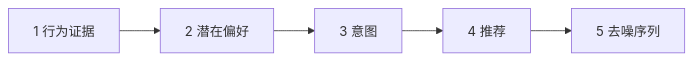
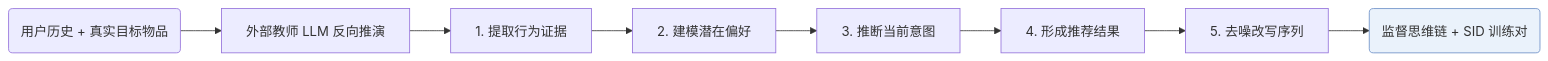
One commit to Galaxy-ghost/Awesome-SID-Generative-Rec changed the second of 2 diagrams in notes/zh/gream.md. Above: the diagram before and after it, drawn with Mermaid. The commit also changed other lines of this file and 649 other files, not shown here.

Commit message:
writer-05: also tags and modality index (schema, check, build, visuals); summary field removed; calibration data for 12 papers

````diff
--- a/notes/zh/gream.md
+++ b/notes/zh/gream.md
@@ -37,4 +46,11 @@
 ```mermaid
 flowchart LR
-    S1["1 行为证据"] --> S2["2 潜在偏好"] --> S3["3 意图"] --> S4["4 推荐"] --> S5["5 去噪序列"]
+    U("用户历史 + 真实目标物品") --> R["外部教师 LLM 反向推演"]
+    R --> S1["1. 提取行为证据"]
+    S1 --> S2["2. 建模潜在偏好"]
+    S2 --> S3["3. 推断当前意图"]
+    S3 --> S4["4. 形成推荐结果"]
+    S4 --> S5["5. 去噪改写序列"]
+    S5 --> C("监督思维链 + SID 训练对"):::key
+    classDef key fill:#eaf2fb,stroke:#6b8fc7
 ```
````
